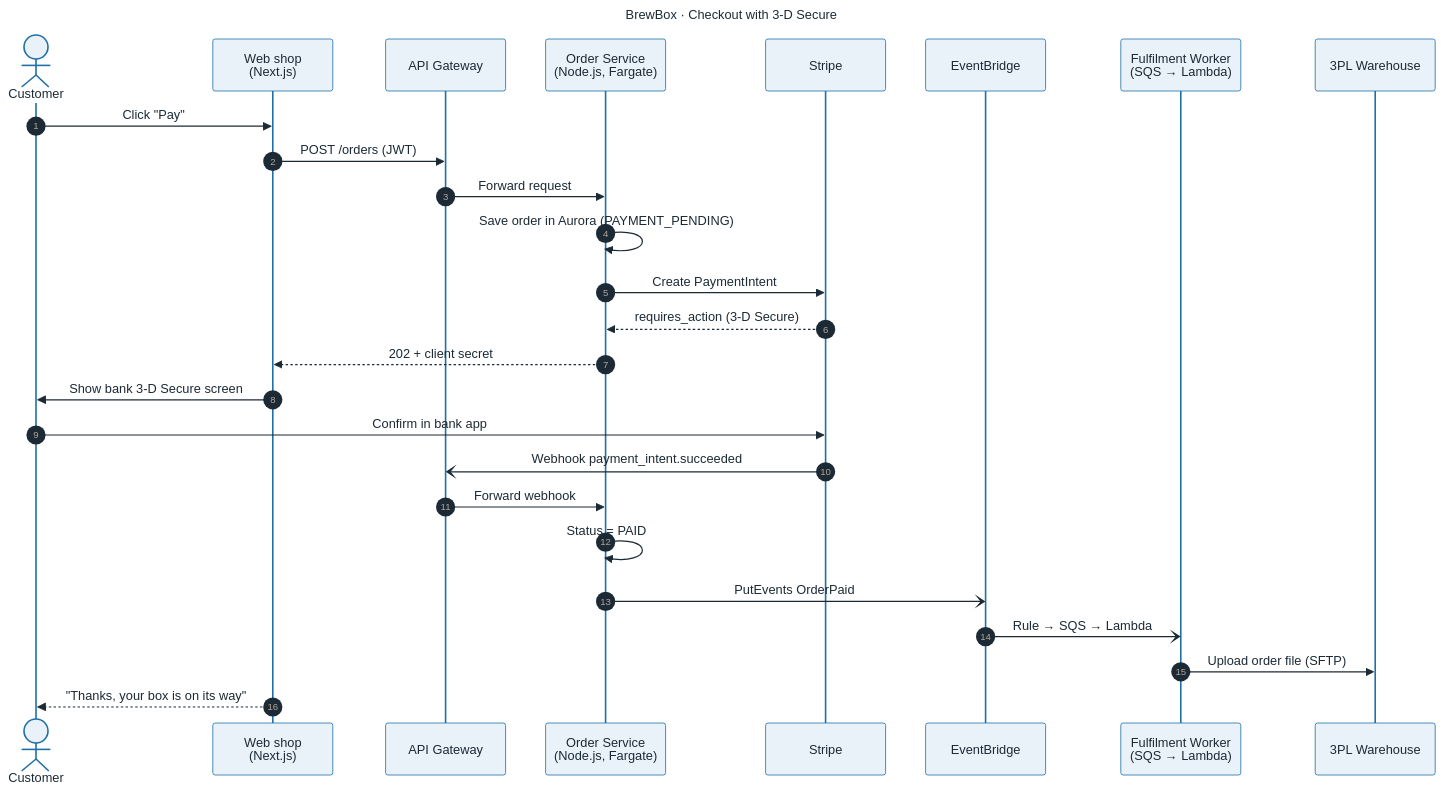
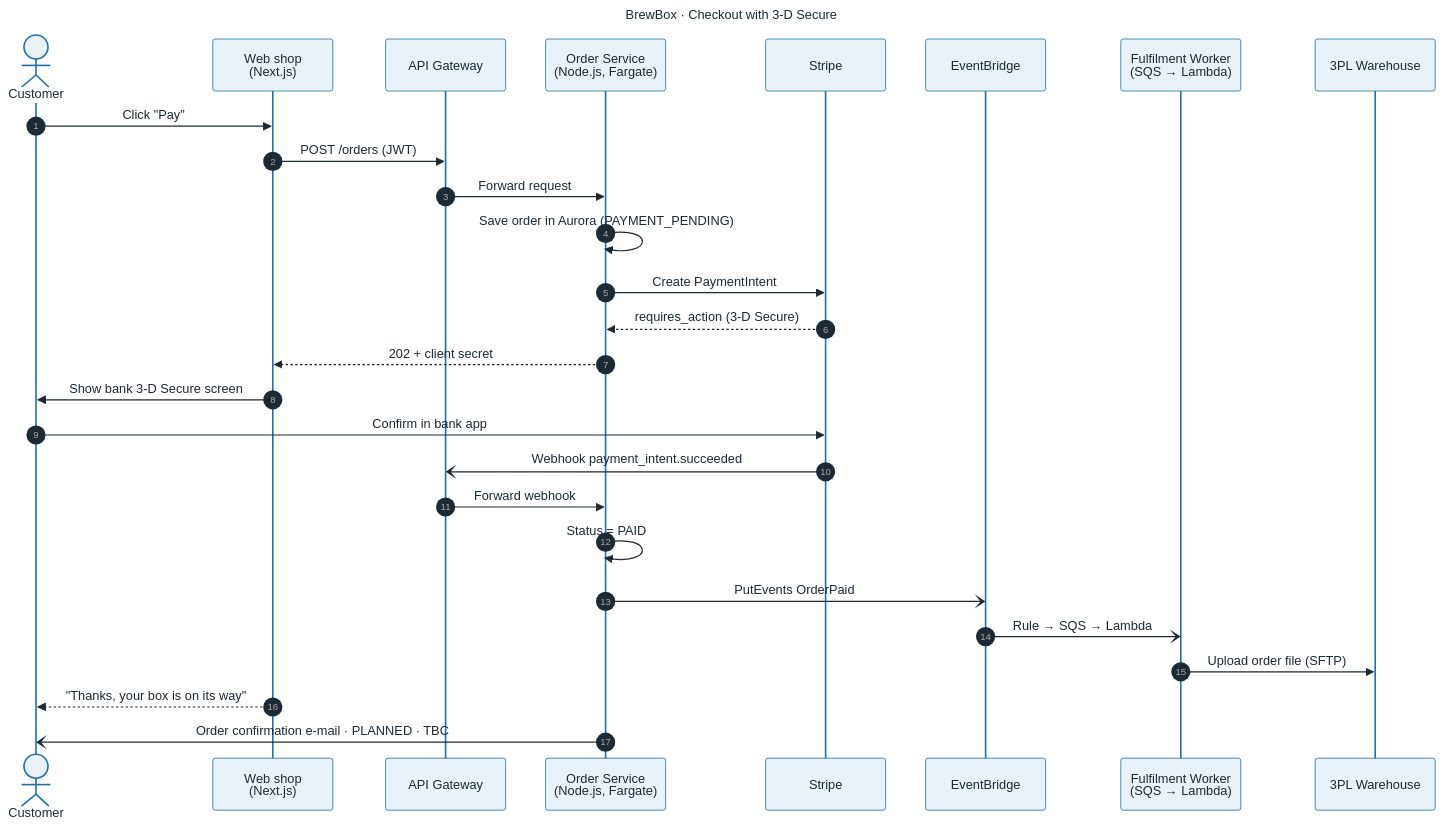
Before and after one commit to ihor-romanchuk/arch-diagram-kit: the diagram in examples/brewbox/diagrams/sequence--brewbox--checkout-3ds.mmd, drawn with Mermaid. The commit also changed 23 other files, not shown here.

```diff
--- a/examples/brewbox/diagrams/sequence--brewbox--checkout-3ds.mmd
+++ b/examples/brewbox/diagrams/sequence--brewbox--checkout-3ds.mmd
@@ -1,48 +1,50 @@
 ---
 title: BrewBox · Checkout with 3-D Secure
 config:
   theme: base
   fontFamily: "Arial, Helvetica, sans-serif"
   themeVariables:
     fontFamily: "Arial, Helvetica, sans-serif"
     primaryColor: "#EAF2F9"
     primaryBorderColor: "#1F6FA8"
     primaryTextColor: "#1C2A35"
     lineColor: "#4B5B68"
     secondaryColor: "#F3F6F8"
     tertiaryColor: "#FFFFFF"
 ---
 %% id: SEQ-01
 %% type: sequence
 %% audience: tech
 %% status: Approved
 %% owner: Solutions architect
 %% approved-by: Lead engineer, 2026-11-04
 %% last-verified: 2026-11-04
+%% status-default: LIVE
 %% notes: When exactly does an order become PAID, and how does fulfilment start?
 sequenceDiagram
   autonumber
   actor C as Customer
   participant W as Web shop<br/>(Next.js)
   participant G as API Gateway
   participant O as Order Service<br/>(Node.js, Fargate)
   participant S as Stripe
   participant E as EventBridge
   participant F as Fulfilment Worker<br/>(SQS → Lambda)
   participant H as 3PL Warehouse
   C->>W: Click "Pay"
   W->>G: POST /orders (JWT)
   G->>O: Forward request
   O->>O: Save order in Aurora (PAYMENT_PENDING)
   O->>S: Create PaymentIntent
   S-->>O: requires_action (3-D Secure)
   O-->>W: 202 + client secret
   W->>C: Show bank 3-D Secure screen
   C->>S: Confirm in bank app
   S-)G: Webhook payment_intent.succeeded
   G->>O: Forward webhook
   O->>O: Status = PAID
   O-)E: PutEvents OrderPaid
   E-)F: Rule → SQS → Lambda
   F->>H: Upload order file (SFTP)
   W-->>C: "Thanks, your box is on its way"
+  O-)C: Order confirmation e-mail · PLANNED · TBC
```
